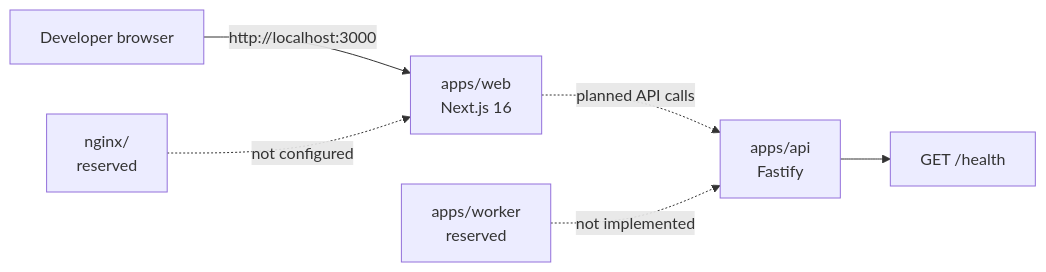
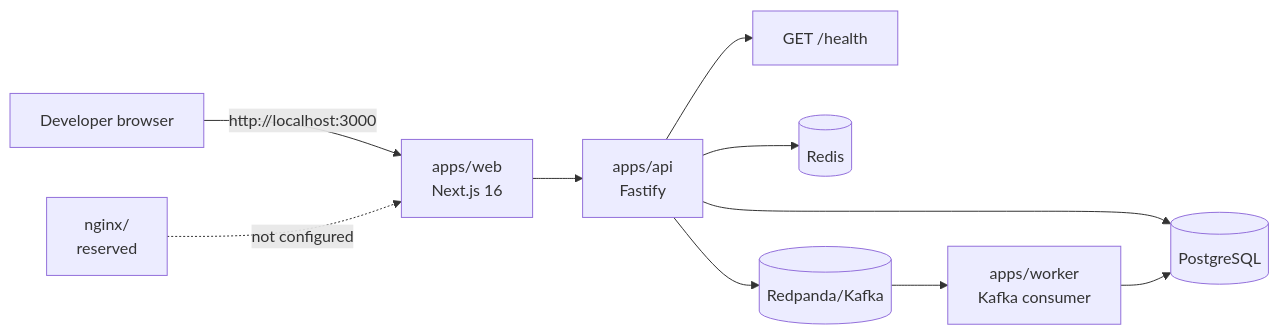
The first of 2 diagrams in NOTES.md (hunterdalmia01/commerce-lab-poc), drawn with Mermaid before and after one commit. The commit also changed other lines of this file and 1 other file, not shown here.

````diff
--- a/NOTES.md
+++ b/NOTES.md
@@ -39,8 +39,12 @@
 ```mermaid
 flowchart LR
 	Browser[Developer browser] -->|http://localhost:3000| Web[apps/web\nNext.js 16]
-	Web -. planned API calls .-> API[apps/api\nFastify]
+	Web --> API[apps/api\nFastify]
 	API --> Health[GET /health]
-	Worker[apps/worker\nreserved] -. not implemented .-> API
+	API --> DB[(PostgreSQL)]
+	API --> Cache[(Redis)]
+	API --> Events[(Redpanda/Kafka)]
+	Events --> Worker[apps/worker\nKafka consumer]
+	Worker --> DB
 	Nginx[nginx/\nreserved] -. not configured .-> Web
 ```
````
